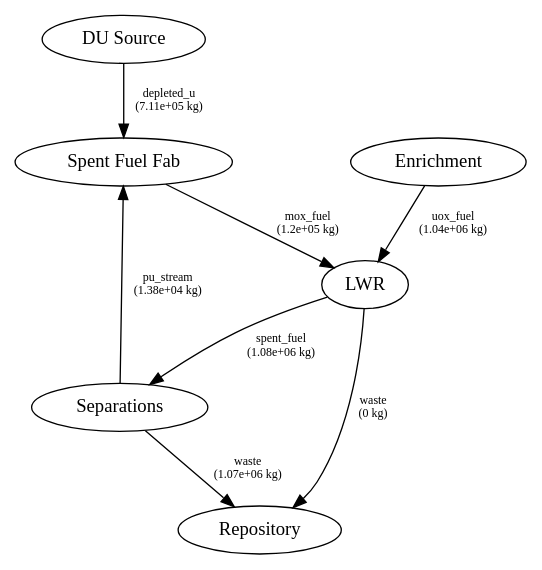
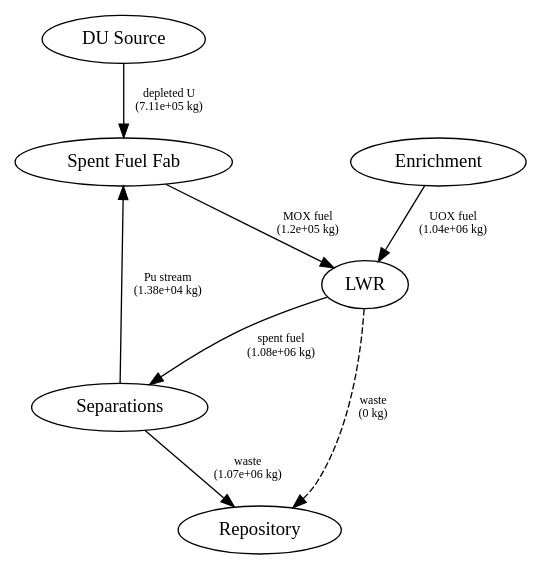
The diagram in recycle/closed-1.dot (cyclus/fundamentals-paper), drawn with Graphviz before and after one commit. The commit also changed 2 other files, not shown here.

Commit message:
cleaned up flow graphs

```diff
--- a/recycle/closed-1.dot
+++ b/recycle/closed-1.dot
@@ -1,12 +1,12 @@
 digraph ResourceFlows {
     overlap = false;
     nodesep=1.0;
     edge [fontsize=9];
-    "DU Source" -> "Spent Fuel Fab" [label="depleted_u\n(7.11e+05 kg)"];
-    "Enrichment" -> "LWR" [label="uox_fuel\n(1.04e+06 kg)"];
-    "LWR" -> "Separations" [label="spent_fuel\n(1.08e+06 kg)"];
-    "LWR" -> "Repository" [label="waste\n(0 kg)"];
+    "DU Source" -> "Spent Fuel Fab" [label="depleted U\n(7.11e+05 kg)"];
+    "Enrichment" -> "LWR" [label="UOX fuel\n(1.04e+06 kg)"];
+    "LWR" -> "Separations" [label="spent fuel\n(1.08e+06 kg)"];
+    "LWR" -> "Repository" [label="waste\n(0 kg)" style="dashed"];
     "Separations" -> "Repository" [label="waste\n(1.07e+06 kg)"];
-    "Separations" -> "Spent Fuel Fab" [label="pu_stream\n(1.38e+04 kg)"];
-    "Spent Fuel Fab" -> "LWR" [label="mox_fuel\n(1.2e+05 kg)"];
+    "Separations" -> "Spent Fuel Fab" [label="Pu stream\n(1.38e+04 kg)"];
+    "Spent Fuel Fab" -> "LWR" [label="MOX fuel\n(1.2e+05 kg)"];
 }
```
